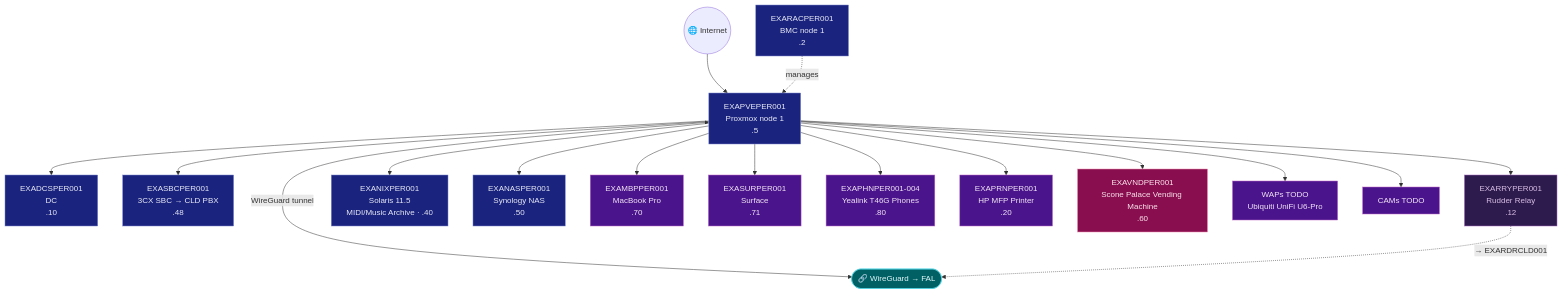
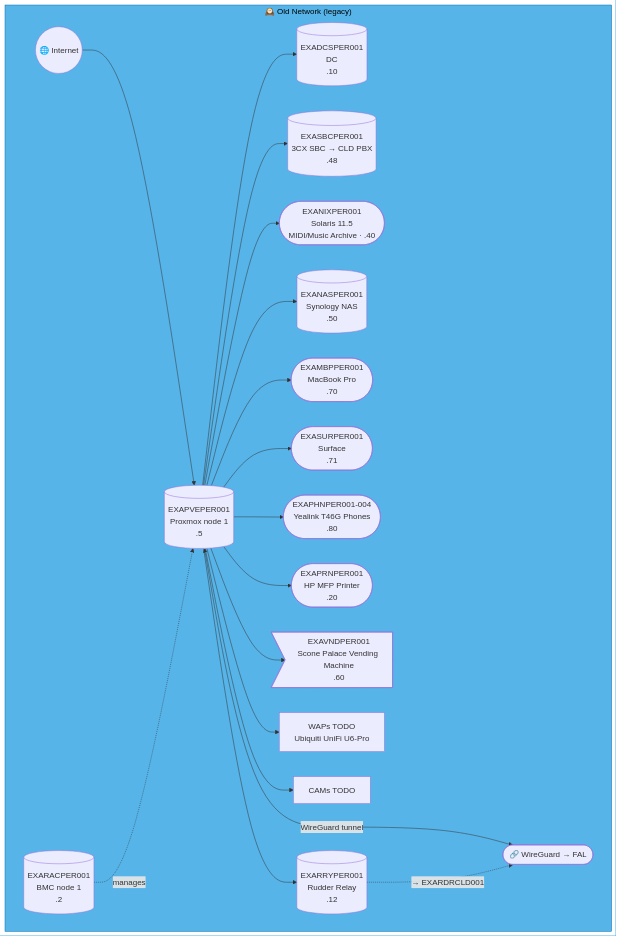
One commit to knightmare2600/example_music_infra changed the seventh of 47 diagrams in docs/network-diagram.md. Above: the diagram before and after it, drawn with Mermaid. The commit also changed other lines of this file and 2 other files, not shown here.

````diff
--- a/docs/network-diagram.md
+++ b/docs/network-diagram.md
@@ -437,38 +430,31 @@
 ```mermaid
 graph TD
-    INET(("🌐 Internet"))
-    RAC["EXARACPER001<br/>BMC node 1<br/>.2"]
-    PVE["EXAPVEPER001<br/>Proxmox node 1<br/>.5"]
-    DC["EXADCSPER001<br/>DC<br/>.10"]
-    SBC["EXASBCPER001<br/>3CX SBC → CLD PBX<br/>.48"]
-    RRY["EXARRYPER001<br/>Rudder Relay<br/>.12"]
-    NIX["EXANIXPER001<br/>Solaris 11.5<br/>MIDI/Music Archive · .40"]
-    NAS["EXANASPER001<br/>Synology NAS<br/>.50"]
-    MBP["EXAMBPPER001<br/>MacBook Pro<br/>.70"]
-    SUR["EXASURPER001<br/>Surface<br/>.71"]
-    PHN["EXAPHNPER001-004<br/>Yealink T46G Phones<br/>.80"]
-    PRN["EXAPRNPER001<br/>HP MFP Printer<br/>.20"]
-    VND["EXAVNDPER001<br/>Scone Palace Vending Machine<br/>.60"]
-    WAP["WAPs TODO<br/>Ubiquiti UniFi U6-Pro"]
-    CAM["CAMs TODO"]
-    VPN(["🔗 WireGuard → FAL"])
+    subgraph OLD_PER ["🕰️ Old Network (legacy)"]
+      INET(("🌐 Internet"))
+      RAC[("EXARACPER001<br/>BMC node 1<br/>.2")]
+      PVE[("EXAPVEPER001<br/>Proxmox node 1<br/>.5")]
+      DC[("EXADCSPER001<br/>DC<br/>.10")]
+      SBC[("EXASBCPER001<br/>3CX SBC → CLD PBX<br/>.48")]
+      RRY[("EXARRYPER001<br/>Rudder Relay<br/>.12")]
+      NIX(["EXANIXPER001<br/>Solaris 11.5<br/>MIDI/Music Archive · .40"])
+      NAS[("EXANASPER001<br/>Synology NAS<br/>.50")]
+      MBP(["EXAMBPPER001<br/>MacBook Pro<br/>.70"])
+      SUR(["EXASURPER001<br/>Surface<br/>.71"])
+      PHN(["EXAPHNPER001-004<br/>Yealink T46G Phones<br/>.80"])
+      PRN(["EXAPRNPER001<br/>HP MFP Printer<br/>.20"])
+      VND>"EXAVNDPER001<br/>Scone Palace Vending Machine<br/>.60"]
+      WAP["WAPs TODO<br/>Ubiquiti UniFi U6-Pro"]
+      CAM["CAMs TODO"]
+      VPN(["🔗 WireGuard → FAL"])
 
-    INET --> PVE
-    PVE --> DC & SBC & NIX & NAS
-    RAC -.->|"manages"| PVE
-    PVE --> MBP & SUR & PHN & PRN & VND & WAP & CAM
-    PVE <-->|"WireGuard tunnel"| VPN
+      INET --> PVE
+      PVE --> DC & SBC & NIX & NAS
+      RAC -.->|"manages"| PVE
+      PVE --> MBP & SUR & PHN & PRN & VND & WAP & CAM
+      PVE <-->|"WireGuard tunnel"| VPN
 
-    PVE --> RRY
-    RRY -. "→ EXARDRCLD001" .-> VPN
-    classDef srv fill:#1a237e,stroke:#7986cb,color:#e8eaf6
-    classDef ep fill:#4a148c,stroke:#ba68c8,color:#f3e5f5
-    classDef site fill:#880e4f,stroke:#f48fb1,color:#fce4ec
-    classDef vpn fill:#006064,stroke:#4dd0e1,color:#e0f7fa
-    classDef rudder fill:#2d1b4e,stroke:#a569bd,color:#d7bde2
-    class PVE,DC,SBC,NIX,NAS,RAC srv
-    class RRY rudder
-    class MBP,SUR,PHN,PRN,WAP,CAM ep
-    class VND site
-    class VPN vpn
+      PVE --> RRY
+      RRY -. "→ EXARDRCLD001" .-> VPN
+    end
+    style OLD_PER fill:#56B4E9,stroke:#0072B2,color:#000000
 ```
````
